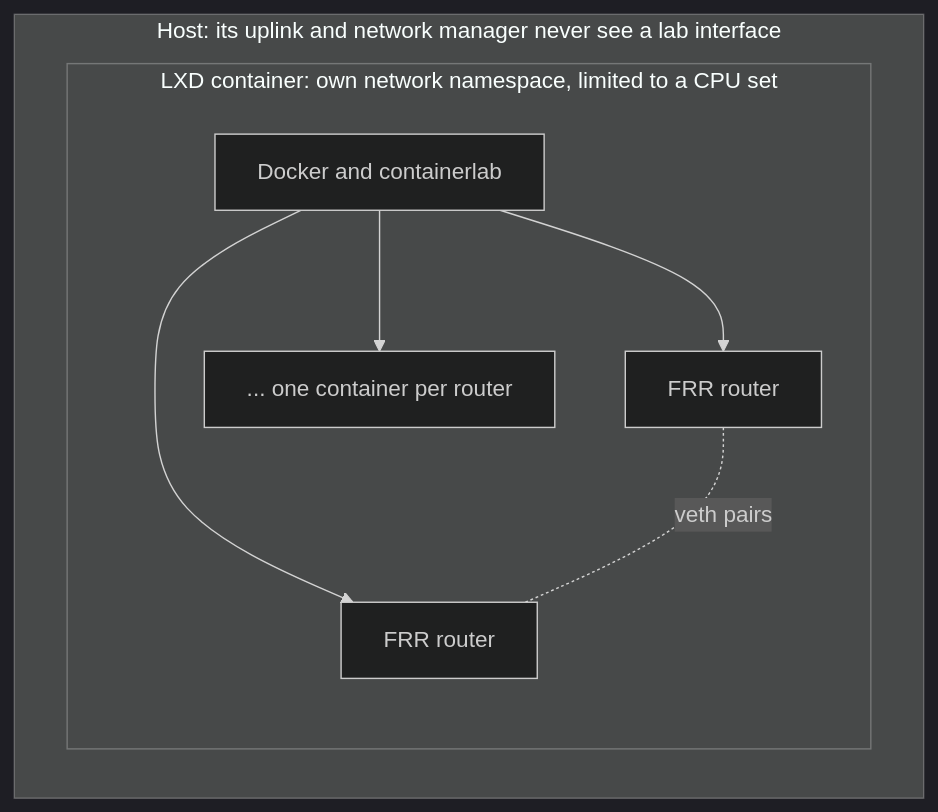
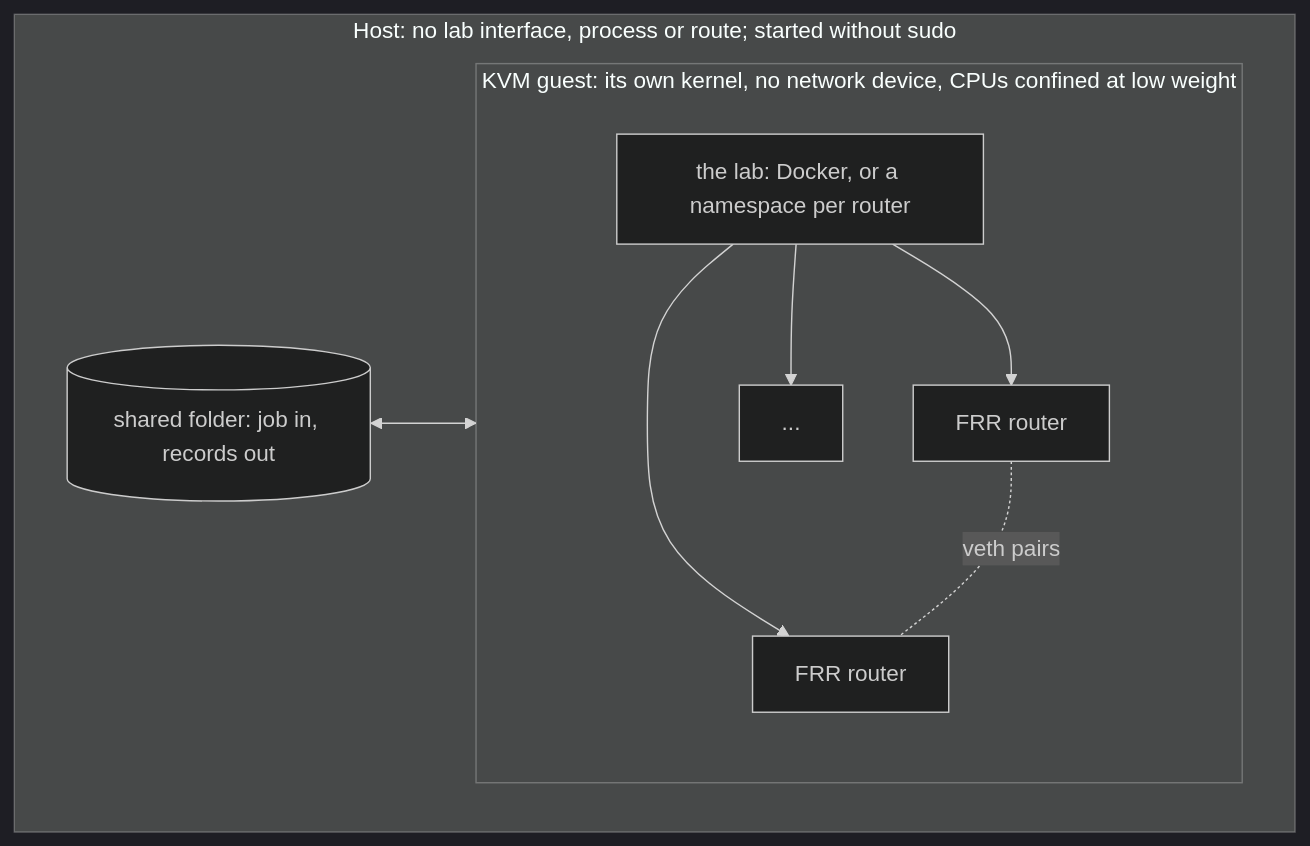
The third of 4 diagrams in README.md (ahb-sjsu/topology-builders), drawn with Mermaid (dark theme) before and after one commit. The commit also changed other lines of this file and 3 other files, not shown here.

````diff
--- a/README.md
+++ b/README.md
@@ -155,9 +159,10 @@
 ```mermaid
 flowchart TB
-    subgraph host["Host: its uplink and network manager never see a lab interface"]
-        subgraph lxd["LXD container: own network namespace, limited to a CPU set"]
-            D["Docker and containerlab"] --> R1["FRR router"] & R2["FRR router"] & R3["... one container per router"]
+    subgraph host["Host: no lab interface, process or route; started without sudo"]
+        subgraph vm["KVM guest: its own kernel, no network device, CPUs confined at low weight"]
+            D["the lab: Docker, or a namespace per router"] --> R1["FRR router"] & R2["FRR router"] & R3["..."]
             R1 -.-|veth pairs| R2
         end
+        S[("shared folder: job in, records out")] <--> vm
     end
 ```
````
